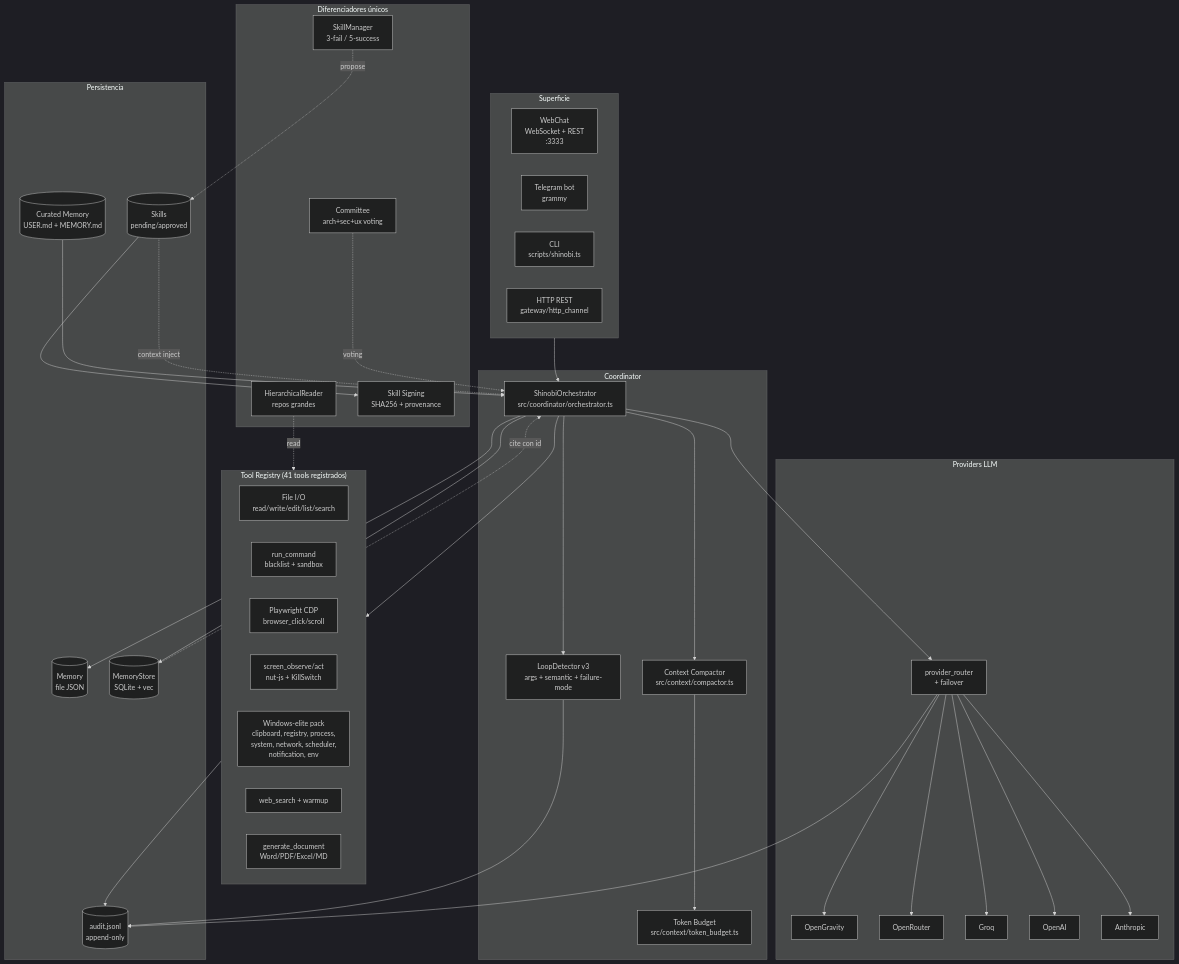
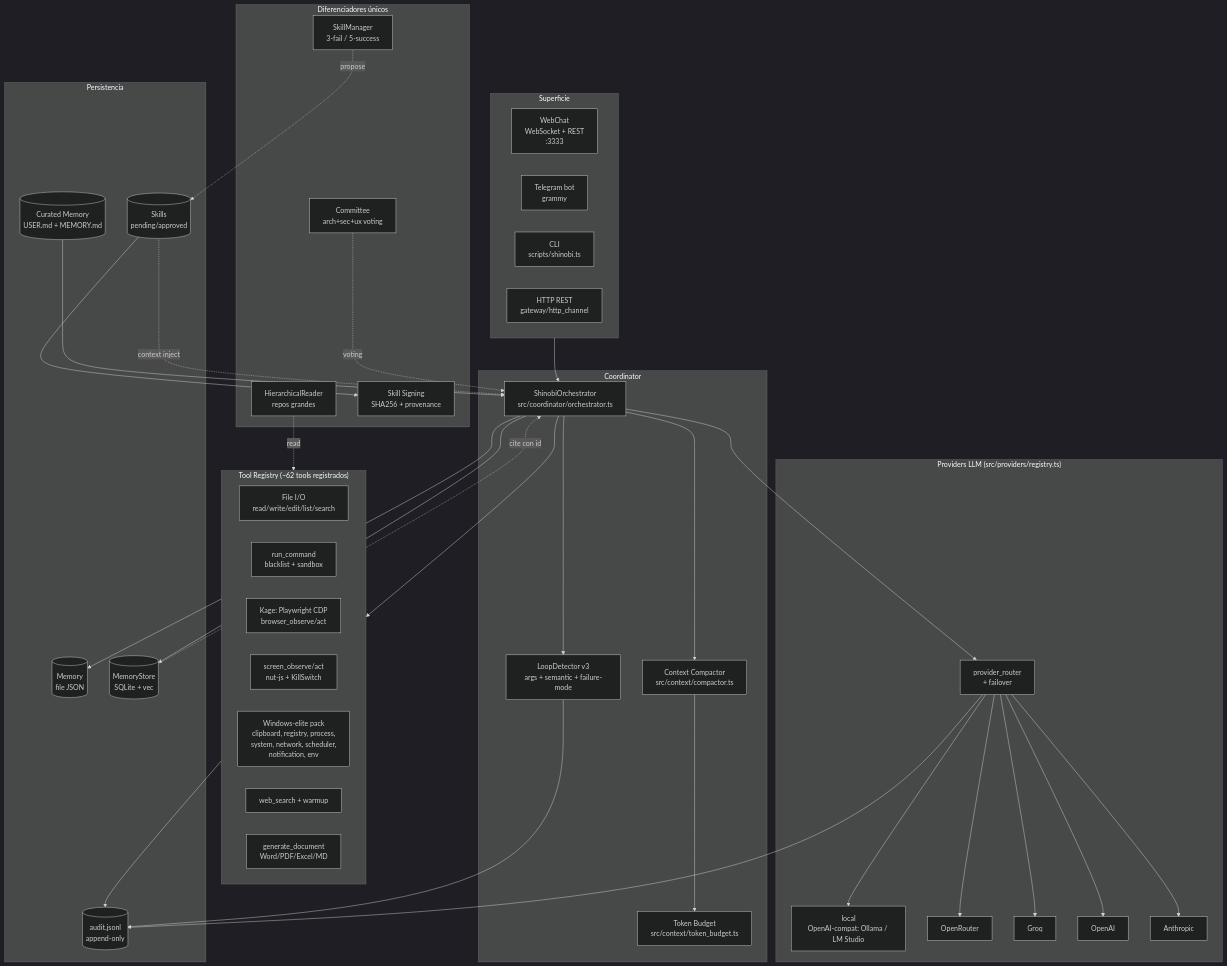
The diagram in ARCHITECTURE.md (AngelReml/Shinobibot), drawn with Mermaid (dark theme) before and after one commit. The commit also changed other lines of this file, not shown here.

````diff
--- a/ARCHITECTURE.md
+++ b/ARCHITECTURE.md
@@ -14,70 +14,70 @@
 ```mermaid
 flowchart TD
     subgraph Surface["Superficie"]
         WebChat[WebChat<br/>WebSocket + REST<br/>:3333]
         Telegram[Telegram bot<br/>grammy]
         CLI[CLI<br/>scripts/shinobi.ts]
         HTTP[HTTP REST<br/>gateway/http_channel]
     end
 
     subgraph Coordinator["Coordinator"]
         Orchestrator[ShinobiOrchestrator<br/>src/coordinator/orchestrator.ts]
         LoopDetector[LoopDetector v3<br/>args + semantic + failure-mode]
         Compactor[Context Compactor<br/>src/context/compactor.ts]
         TokenBudget[Token Budget<br/>src/context/token_budget.ts]
     end
 
-    subgraph Providers["Providers LLM"]
+    subgraph Providers["Providers LLM (src/providers/registry.ts)"]
         Router[provider_router<br/>+ failover]
-        OG[OpenGravity]
+        Local[local<br/>OpenAI-compat: Ollama / LM Studio]
         OR[OpenRouter]
         Groq[Groq]
         OpenAI[OpenAI]
         Anthropic[Anthropic]
     end
 
-    subgraph Tools["Tool Registry (41 tools registrados)"]
+    subgraph Tools["Tool Registry (~62 tools registrados)"]
         FS[File I/O<br/>read/write/edit/list/search]
         Shell[run_command<br/>blacklist + sandbox]
-        Browser[Playwright CDP<br/>browser_click/scroll]
+        Browser[Kage: Playwright CDP<br/>browser_observe/act]
         Screen[screen_observe/act<br/>nut-js + KillSwitch]
         WinPack[Windows-elite pack<br/>clipboard, registry, process,<br/>system, network, scheduler,<br/>notification, env]
         Web[web_search + warmup]
         Docs[generate_document<br/>Word/PDF/Excel/MD]
     end
 
     subgraph Stores["Persistencia"]
         Memory[(Memory<br/>file JSON)]
         MemStore[(MemoryStore<br/>SQLite + vec)]
         Curated[(Curated Memory<br/>USER.md + MEMORY.md)]
         Audit[(audit.jsonl<br/>append-only)]
         Skills[(Skills<br/>pending/approved)]
     end
 
     subgraph Extras["Diferenciadores únicos"]
         Committee[Committee<br/>arch+sec+ux voting]
         Reader[HierarchicalReader<br/>repos grandes]
         SkillMgr[SkillManager<br/>3-fail / 5-success]
         Signing[Skill Signing<br/>SHA256 + provenance]
     end
 
     Surface --> Orchestrator
     Orchestrator --> Compactor
     Compactor --> TokenBudget
     Orchestrator --> LoopDetector
     Orchestrator --> Router
-    Router --> OG & OR & Groq & OpenAI & Anthropic
+    Router --> Local & OR & Groq & OpenAI & Anthropic
     Orchestrator --> Tools
     Tools --> Audit
     LoopDetector --> Audit
     Router --> Audit
     Orchestrator --> Memory
     Orchestrator --> MemStore
     MemStore -.cite con id.-> Orchestrator
     Curated --> Orchestrator
     SkillMgr -.propose.-> Skills
     Skills --> Signing
     Skills -.context inject.-> Orchestrator
     Reader -.read.-> Tools
     Committee -.voting.-> Orchestrator
 ```
````
